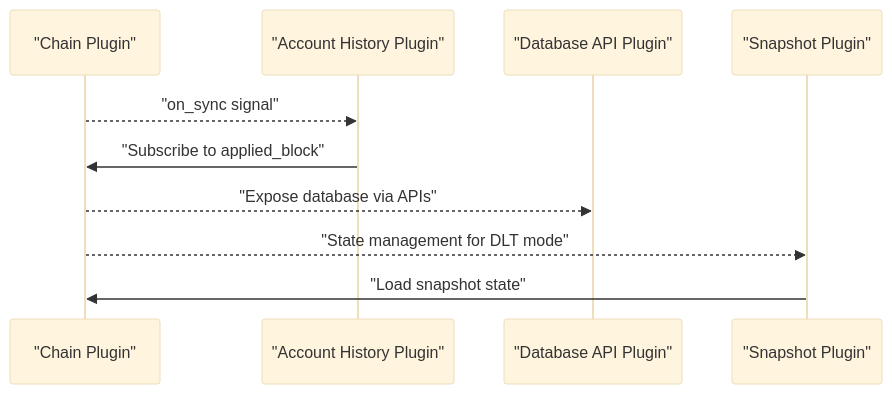
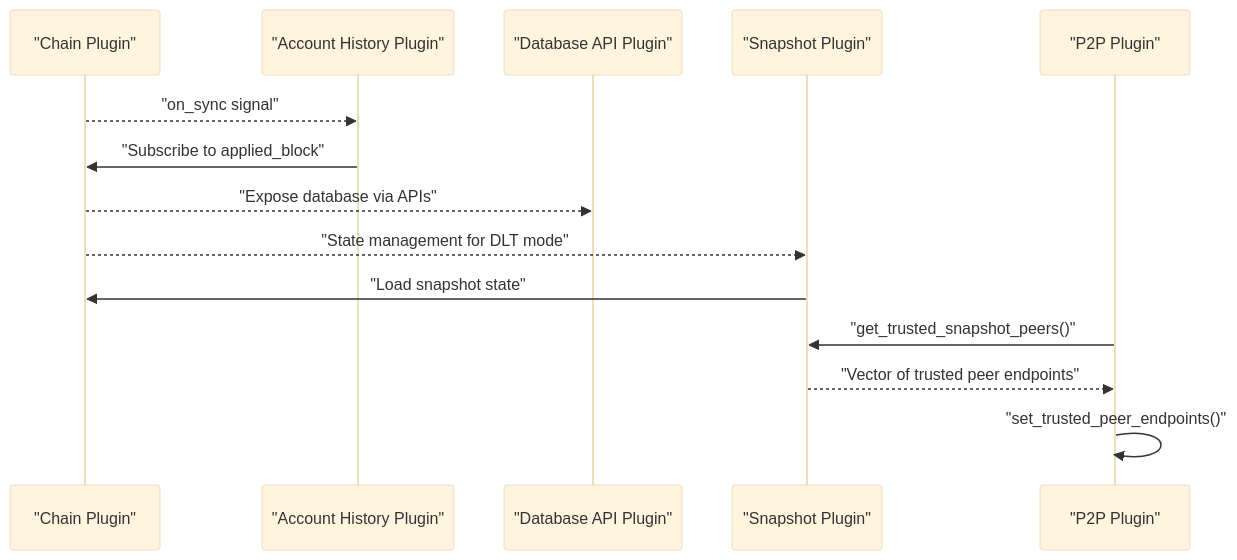
One commit to VIZ-Blockchain/viz-cpp-node changed diagram 12 of 20 in .qoder/repowiki/en/content/Plugin System/Plugin System.md. Above: the diagram before and after it, drawn with Mermaid (base theme). The commit also changed other lines of this file and 5 other files, not shown here.

````diff
--- a/.qoder/repowiki/en/content/Plugin System/Plugin System.md
+++ b/.qoder/repowiki/en/content/Plugin System/Plugin System.md
@@ -379,12 +404,16 @@
 ```mermaid
 sequenceDiagram
 participant CHAIN as "Chain Plugin"
 participant AHIST as "Account History Plugin"
 participant DBAPI as "Database API Plugin"
 participant SNAP as "Snapshot Plugin"
+participant P2P as "P2P Plugin"
 CHAIN-->>AHIST : "on_sync signal"
 AHIST->>CHAIN : "Subscribe to applied_block"
 CHAIN-->>DBAPI : "Expose database via APIs"
 CHAIN-->>SNAP : "State management for DLT mode"
 SNAP->>CHAIN : "Load snapshot state"
+P2P->>SNAP : "get_trusted_snapshot_peers()"
+SNAP-->>P2P : "Vector of trusted peer endpoints"
+P2P->>P2P : "set_trusted_peer_endpoints()"
 ```
````
